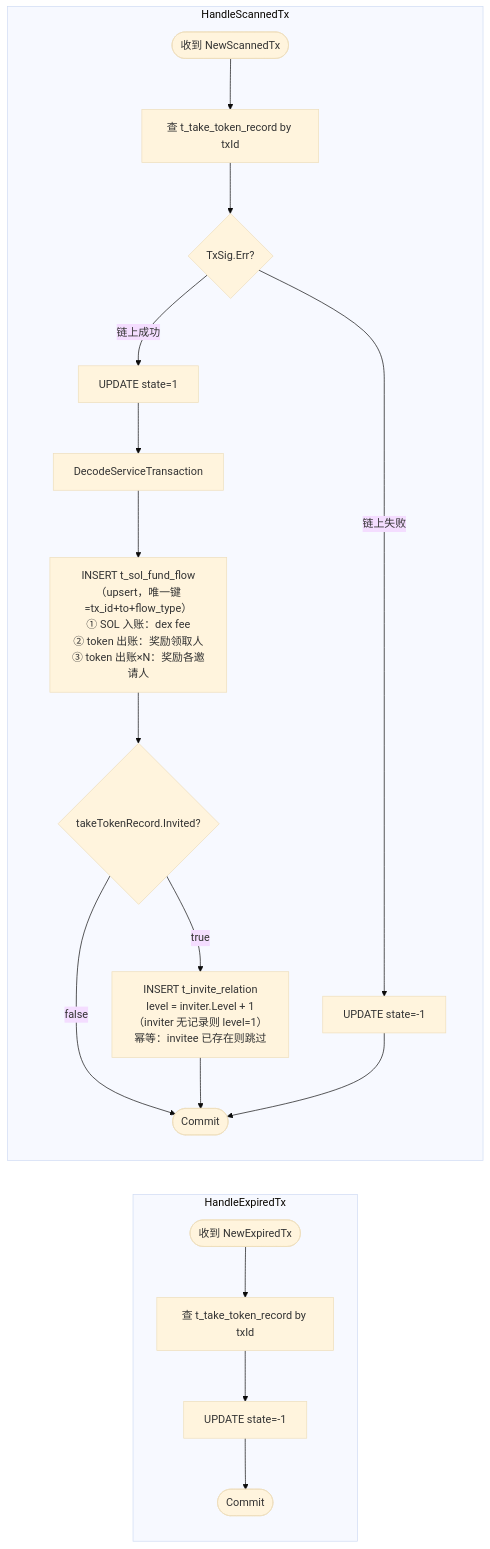
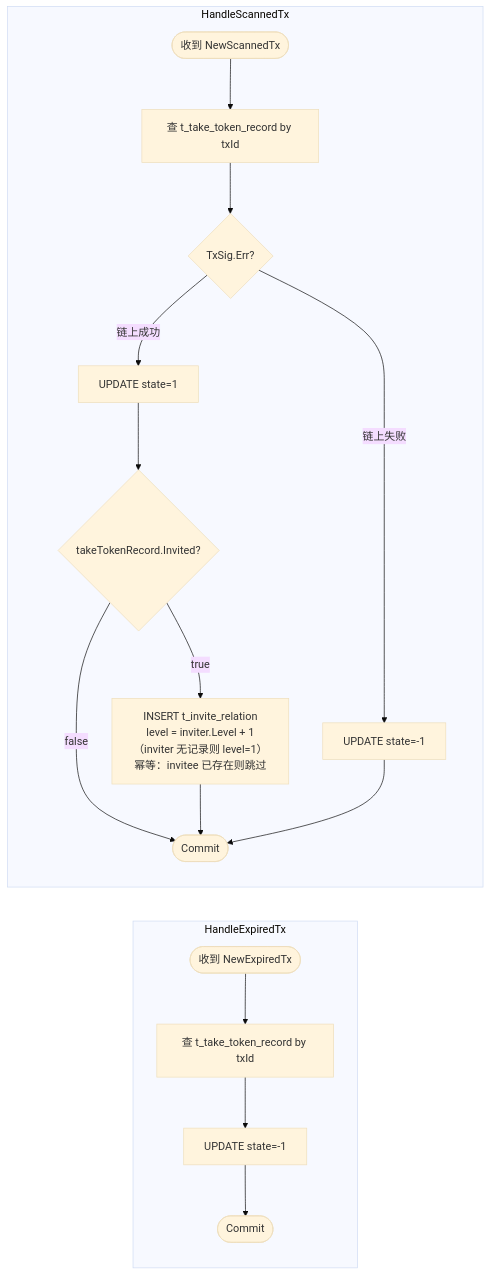
Before and after one commit to BillInUK/oshit-go: the seventh of 7 diagrams in docs/v1/reward_take_token.md, drawn with Mermaid (base theme). The commit also changed other lines of this file and 20 other files, not shown here.

````diff
--- a/docs/v1/reward_take_token.md
+++ b/docs/v1/reward_take_token.md
@@ -295,26 +294,24 @@
 ```mermaid
 flowchart TD
     subgraph S["HandleScannedTx"]
         direction TD
         A([收到 NewScannedTx]) --> B[查 t_take_token_record by txId]
         B --> C{TxSig.Err?}
         C -- 链上失败 --> D[UPDATE state=-1]
         C -- 链上成功 --> E[UPDATE state=1]
-        E --> F[DecodeServiceTransaction]
-        F --> G["INSERT t_sol_fund_flow（upsert，唯一键=tx_id+to+flow_type）\n① SOL 入账：dex fee\n② token 出账：奖励领取人\n③ token 出账×N：奖励各邀请人"]
-        G --> H{takeTokenRecord.Invited?}
+        E --> H{takeTokenRecord.Invited?}
         H -- true --> I["INSERT t_invite_relation\nlevel = inviter.Level + 1（inviter 无记录则 level=1）\n幂等：invitee 已存在则跳过"]
         H -- false --> J([Commit])
         I --> J
         D --> J
     end
 
     subgraph E2["HandleExpiredTx"]
         direction TD
         A2([收到 NewExpiredTx]) --> B2[查 t_take_token_record by txId]
         B2 --> C2[UPDATE state=-1]
         C2 --> D2([Commit])
     end
 
     S ~~~ E2
 ```
````
